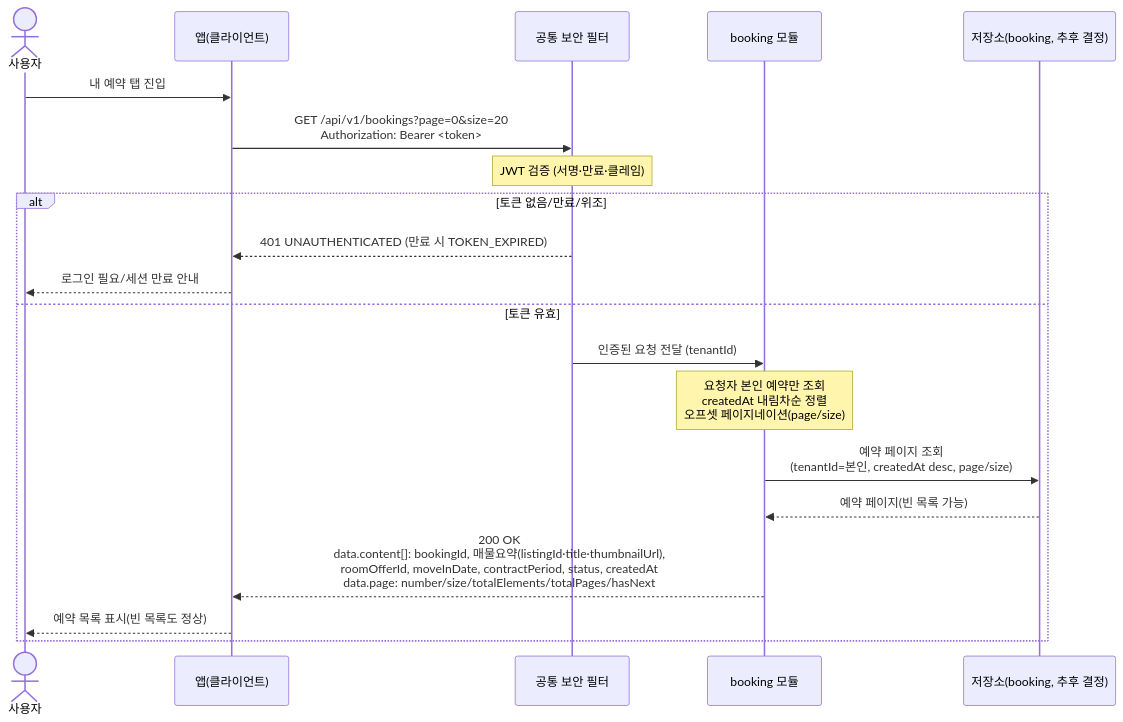
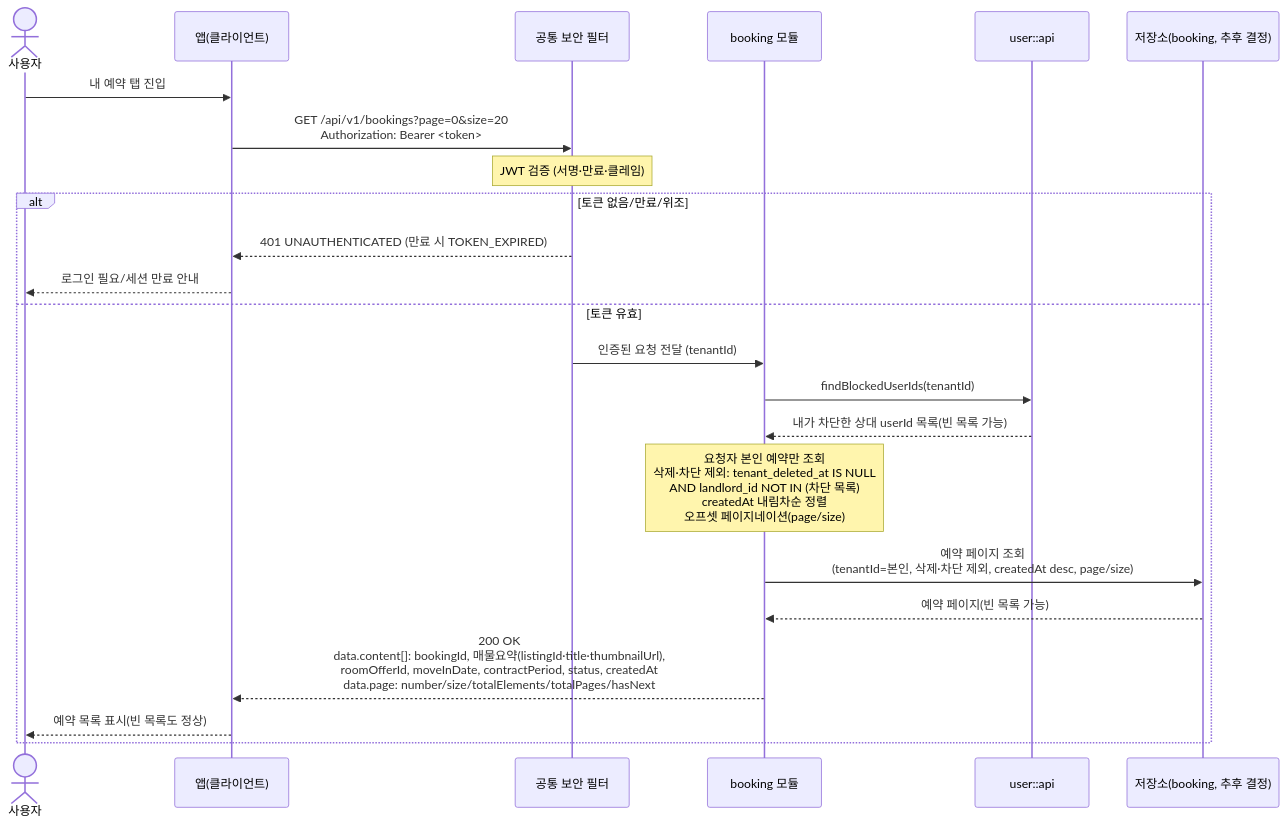
One commit to jameskim9509/Kohere-backend changed the first of 2 diagrams in docs/architecture/sequence-diagrams/04-booking-inquiry-chat/us-4-2-booking-retrieve.md. Above: the diagram before and after it, drawn with Mermaid. The commit also changed other lines of this file and 17 other files, not shown here.

````diff
--- a/docs/architecture/sequence-diagrams/04-booking-inquiry-chat/us-4-2-booking-retrieve.md
+++ b/docs/architecture/sequence-diagrams/04-booking-inquiry-chat/us-4-2-booking-retrieve.md
@@ -7,24 +7,27 @@
 ```mermaid
 sequenceDiagram
     actor U as 사용자
     participant C as 앱(클라이언트)
     participant SEC as 공통 보안 필터
     participant BOOK as booking 모듈
+    participant USER as user::api
     participant XDB as 저장소(booking, 추후 결정)
 
     U->>C: 내 예약 탭 진입
     C->>SEC: GET /api/v1/bookings?page=0&size=20<br/>Authorization: Bearer <token>
     Note over SEC: JWT 검증 (서명·만료·클레임)
 
     alt 토큰 없음/만료/위조
         SEC-->>C: 401 UNAUTHENTICATED (만료 시 TOKEN_EXPIRED)
         C-->>U: 로그인 필요/세션 만료 안내
     else 토큰 유효
         SEC->>BOOK: 인증된 요청 전달 (tenantId)
-        Note over BOOK: 요청자 본인 예약만 조회<br/>createdAt 내림차순 정렬<br/>오프셋 페이지네이션(page/size)
-        BOOK->>XDB: 예약 페이지 조회<br/>(tenantId=본인, createdAt desc, page/size)
+        BOOK->>USER: findBlockedUserIds(tenantId)
+        USER-->>BOOK: 내가 차단한 상대 userId 목록(빈 목록 가능)
+        Note over BOOK: 요청자 본인 예약만 조회<br/>삭제·차단 제외: tenant_deleted_at IS NULL<br/>AND landlord_id NOT IN (차단 목록)<br/>createdAt 내림차순 정렬<br/>오프셋 페이지네이션(page/size)
+        BOOK->>XDB: 예약 페이지 조회<br/>(tenantId=본인, 삭제·차단 제외, createdAt desc, page/size)
         XDB-->>BOOK: 예약 페이지(빈 목록 가능)
         BOOK-->>C: 200 OK<br/>data.content[]: bookingId, 매물요약(listingId·title·thumbnailUrl),<br/>roomOfferId, moveInDate, contractPeriod, status, createdAt<br/>data.page: number/size/totalElements/totalPages/hasNext
         C-->>U: 예약 목록 표시(빈 목록도 정상)
     end
 ```
````
